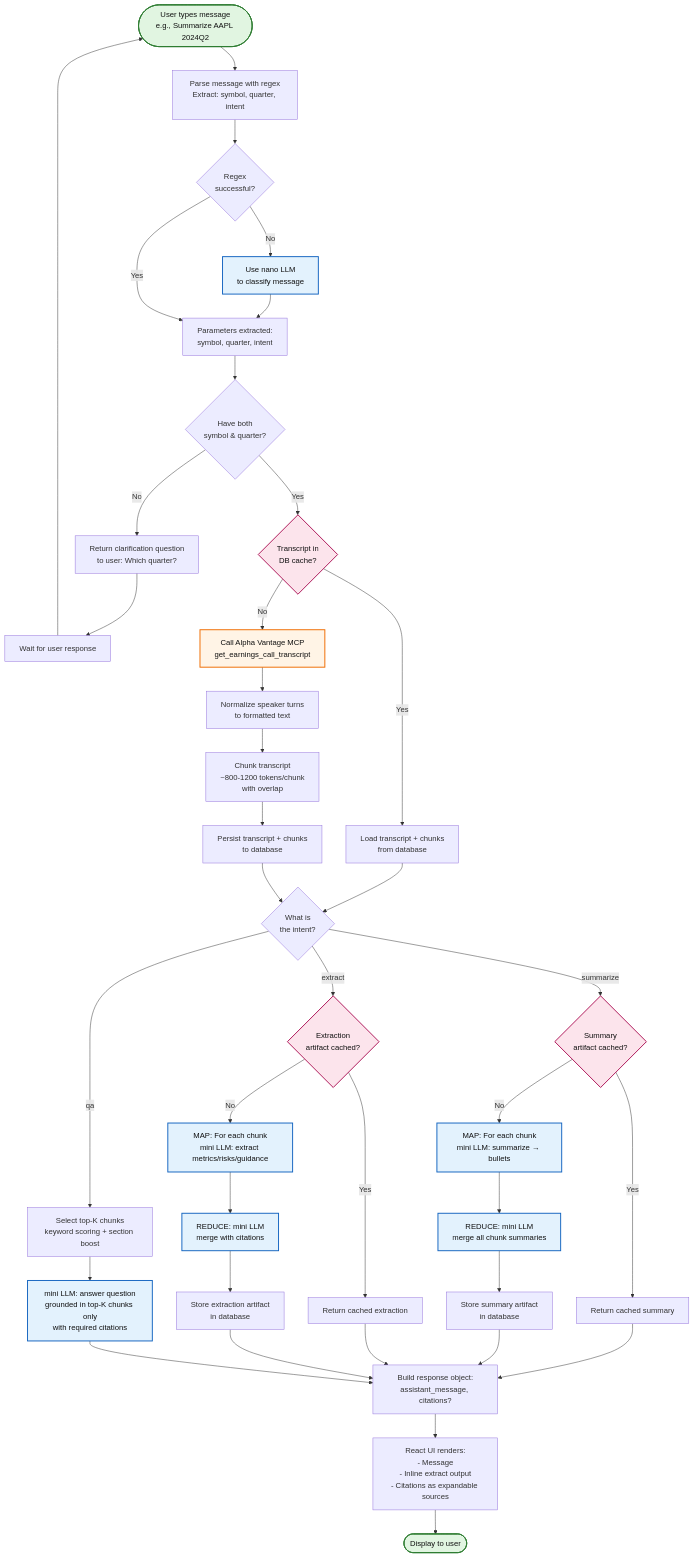
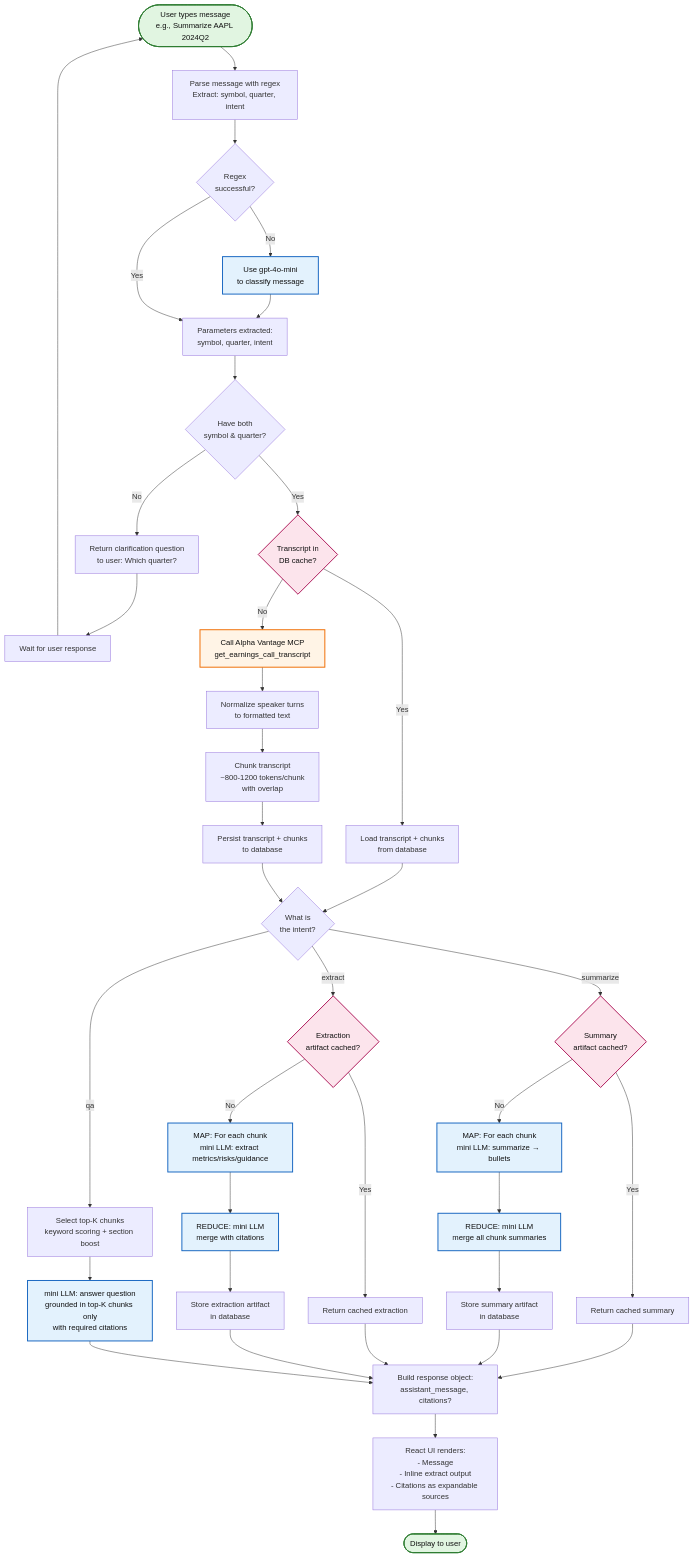
The diagram in docs/architecture-diagram.md (asicili17/alpha-vantage-llm), drawn with Mermaid before and after one commit. The commit also changed other lines of this file and 20 other files, not shown here.

````diff
--- a/docs/architecture-diagram.md
+++ b/docs/architecture-diagram.md
@@ -5,79 +17,79 @@
 ```mermaid
 flowchart TD
     Start([User types message<br/>e.g., Summarize AAPL 2024Q2])
     
     Start --> ParseMessage[Parse message with regex<br/>Extract: symbol, quarter, intent]
     
     ParseMessage --> RegexSuccess{Regex<br/>successful?}
     
-    RegexSuccess -->|No| UseNano[Use nano LLM<br/>to classify message]
-    UseNano --> ParamsParsed
+    RegexSuccess -->|No| UseMini[Use gpt-4o-mini<br/>to classify message]
+    UseMini --> ParamsParsed
     
     RegexSuccess -->|Yes| ParamsParsed[Parameters extracted:<br/>symbol, quarter, intent]
     
     ParamsParsed --> CheckParams{Have both<br/>symbol & quarter?}
     
     CheckParams -->|No| AskClarification[Return clarification question<br/>to user: Which quarter?]
     AskClarification --> WaitUser[Wait for user response]
     WaitUser --> Start
     
     CheckParams -->|Yes| CheckTranscriptCache{Transcript in<br/>DB cache?}
     
     CheckTranscriptCache -->|Yes| LoadCached[Load transcript + chunks<br/>from database]
     LoadCached --> RouteIntent
     
     CheckTranscriptCache -->|No| CallMCP[Call Alpha Vantage MCP<br/>get_earnings_call_transcript]
     
     CallMCP --> NormalizeText[Normalize speaker turns<br/>to formatted text]
     
     NormalizeText --> ChunkText[Chunk transcript<br/>~800-1200 tokens/chunk<br/>with overlap]
     
     ChunkText --> PersistTranscript[Persist transcript + chunks<br/>to database]
     
     PersistTranscript --> RouteIntent{What is<br/>the intent?}
     
     RouteIntent -->|summarize| CheckSummaryCache{Summary<br/>artifact cached?}
     RouteIntent -->|extract| CheckExtractCache{Extraction<br/>artifact cached?}
     RouteIntent -->|qa| SelectChunks[Select top-K chunks<br/>keyword scoring + section boost]
     
     CheckSummaryCache -->|Yes| ReturnCachedSummary[Return cached summary]
     ReturnCachedSummary --> BuildResponse
     
     CheckSummaryCache -->|No| MapSummarize[MAP: For each chunk<br/>mini LLM: summarize → bullets]
     
     MapSummarize --> ReduceSummarize[REDUCE: mini LLM<br/>merge all chunk summaries]
     
     ReduceSummarize --> CacheSummary[Store summary artifact<br/>in database]
     CacheSummary --> BuildResponse
     
     CheckExtractCache -->|Yes| ReturnCachedExtract[Return cached extraction]
     ReturnCachedExtract --> BuildResponse
     
     CheckExtractCache -->|No| MapExtract[MAP: For each chunk<br/>mini LLM: extract metrics/risks/guidance]
     
     MapExtract --> ReduceExtract[REDUCE: mini LLM<br/>merge with citations]
     
     ReduceExtract --> CacheExtract[Store extraction artifact<br/>in database]
     CacheExtract --> BuildResponse
     
     SelectChunks --> AnswerQuestion[mini LLM: answer question<br/>grounded in top-K chunks only<br/>with required citations]
     
     AnswerQuestion --> BuildResponse[Build response object:<br/>assistant_message, citations?]
     
     BuildResponse --> RenderUI[React UI renders:<br/>- Message<br/>- Inline extract output<br/>- Citations as expandable sources]
     
     RenderUI --> End([Display to user])
     
     style Start fill:#e1f5e1,color:#111,stroke:#2e7d32,stroke-width:2px
     style End fill:#e1f5e1,color:#111,stroke:#2e7d32,stroke-width:2px
     style CallMCP fill:#fff4e6,color:#111,stroke:#ef6c00,stroke-width:2px
-    style UseNano fill:#e3f2fd,color:#111,stroke:#1565c0,stroke-width:2px
+    style UseMini fill:#e3f2fd,color:#111,stroke:#1565c0,stroke-width:2px
     style MapSummarize fill:#e3f2fd,color:#111,stroke:#1565c0,stroke-width:2px
     style ReduceSummarize fill:#e3f2fd,color:#111,stroke:#1565c0,stroke-width:2px
     style MapExtract fill:#e3f2fd,color:#111,stroke:#1565c0,stroke-width:2px
     style ReduceExtract fill:#e3f2fd,color:#111,stroke:#1565c0,stroke-width:2px
     style AnswerQuestion fill:#e3f2fd,color:#111,stroke:#1565c0,stroke-width:2px
     style CheckTranscriptCache fill:#fce4ec,color:#111,stroke:#ad1457,stroke-width:2px
     style CheckSummaryCache fill:#fce4ec,color:#111,stroke:#ad1457,stroke-width:2px
     style CheckExtractCache fill:#fce4ec,color:#111,stroke:#ad1457,stroke-width:2px
 ```
````
